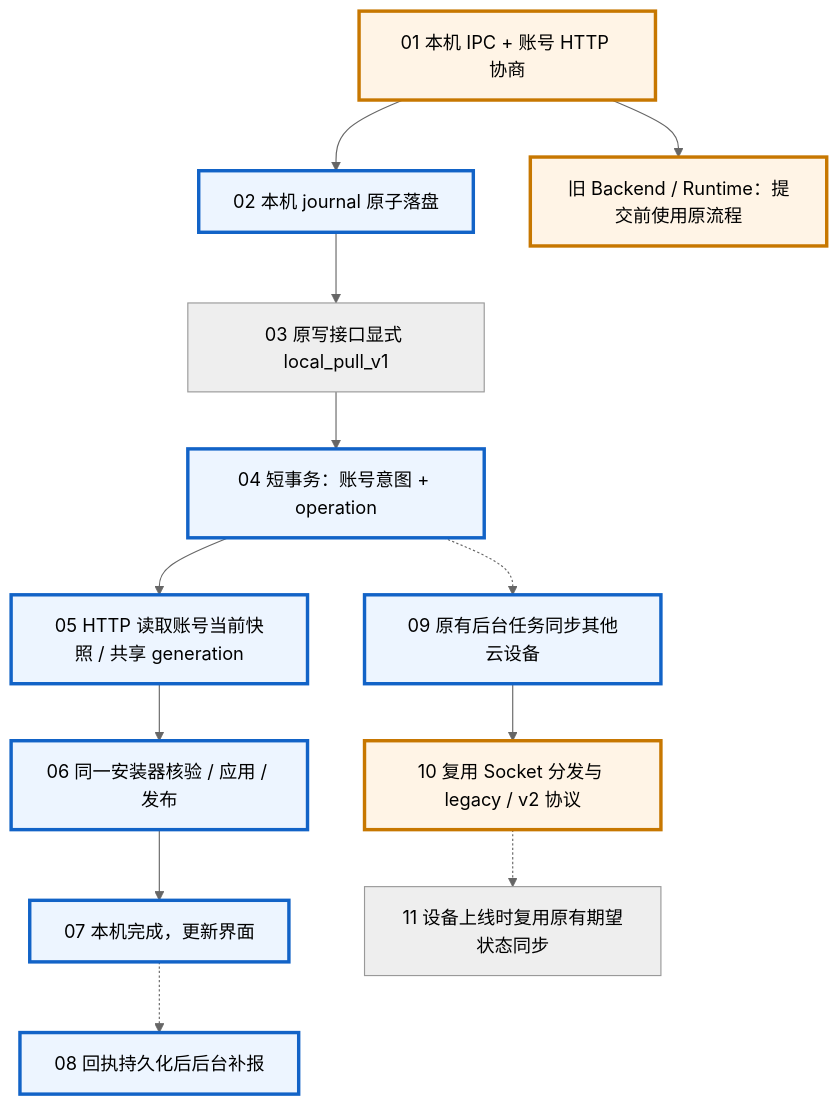
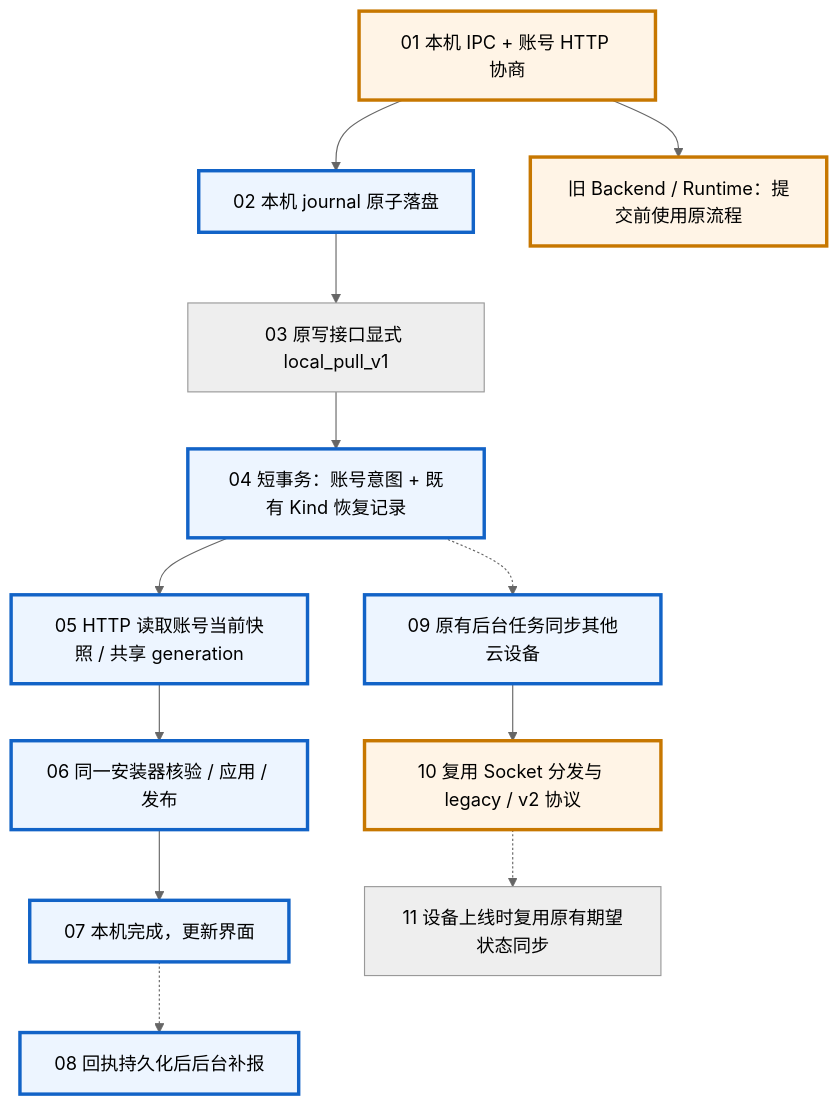
One commit to wecode-ai/Wegent changed the second of 2 diagrams in docs/zh/wegent/developer-guide/plugin-local-sync.md. Above: the diagram before and after it, drawn with Mermaid (neutral theme). The commit also changed other lines of this file and 19 other files, not shown here.

````diff
--- a/docs/zh/wegent/developer-guide/plugin-local-sync.md
+++ b/docs/zh/wegent/developer-guide/plugin-local-sync.md
@@ -27,18 +27,18 @@
 ```mermaid
 flowchart TD
   A[01 本机 IPC + 账号 HTTP 协商] --> B[02 本机 journal 原子落盘]
   B --> C[03 原写接口显式 local_pull_v1]
-  C --> D[04 短事务：账号意图 + operation]
+  C --> D[04 短事务：账号意图 + 既有 Kind 恢复记录]
   D --> E[05 HTTP 读取账号当前快照 / 共享 generation]
   E --> F[06 同一安装器核验 / 应用 / 发布]
   F --> G[07 本机完成，更新界面]
   G -.-> H[08 回执持久化后后台补报]
   D -.-> I[09 原有后台任务同步其他云设备]
   I --> J[10 复用 Socket 分发与 legacy / v2 协议]
   J -.-> K[11 设备上线时复用原有期望状态同步]
   A --> L[旧 Backend / Runtime：提交前使用原流程]
   classDef core fill:#edf5ff,stroke:#1263c7,stroke-width:3px
   classDef compat fill:#fff4e6,stroke:#c77700,stroke-width:3px
   class B,D,E,F,G,H,I core
   class A,L,J compat
 ```
````
